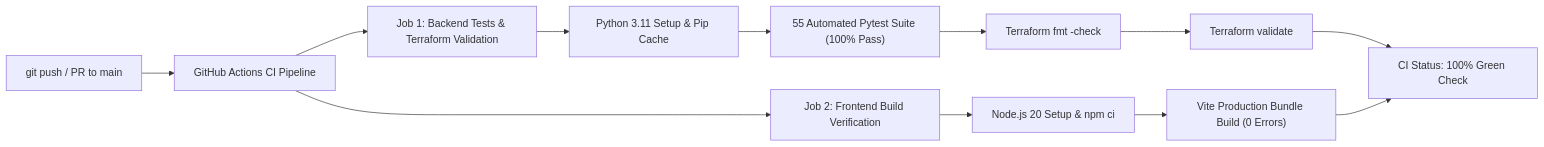
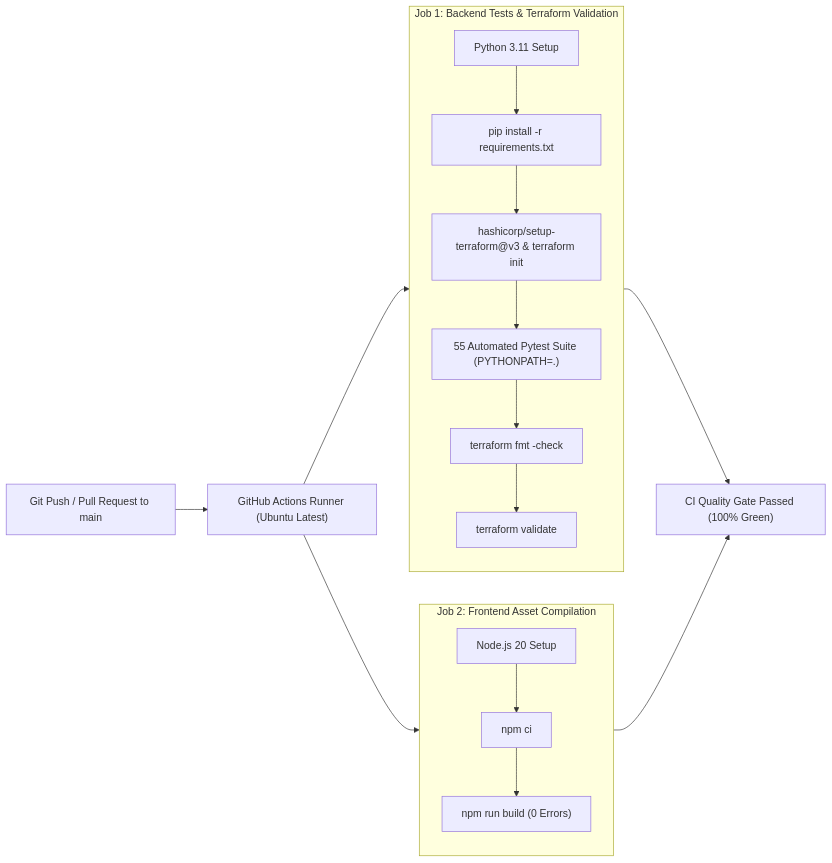
One commit to a7hu-15/cloud_ops changed the ninth of 9 diagrams in docs/project_report.md. Above: the diagram before and after it, drawn with Mermaid. The commit also changed other lines of this file, not shown here.

````diff
--- a/docs/project_report.md
+++ b/docs/project_report.md
@@ -441,17 +820,22 @@
 ```mermaid
 flowchart LR
-    A["git push / PR to main"] --> B["GitHub Actions CI Pipeline"]
-    B --> C["Job 1: Backend Tests & Terraform Validation"]
-    B --> D["Job 2: Frontend Build Verification"]
+    COMMIT["Git Push / Pull Request to main"] --> CI["GitHub Actions Runner (Ubuntu Latest)"]
     
-    C --> C1["Python 3.11 Setup & Pip Cache"]
-    C1 --> C2["55 Automated Pytest Suite (100% Pass)"]
-    C2 --> C3["Terraform fmt -check"]
-    C3 --> C4["Terraform validate"]
-    
-    D --> D1["Node.js 20 Setup & npm ci"]
-    D1 --> D2["Vite Production Bundle Build (0 Errors)"]
-    
-    C4 --> E["CI Status: 100% Green Check"]
-    D2 --> E
+    subgraph Job1 ["Job 1: Backend Tests & Terraform Validation"]
+        PY_ENV["Python 3.11 Setup"] --> PIP["pip install -r requirements.txt"]
+        PIP --> TF_INIT["hashicorp/setup-terraform@v3 & terraform init"]
+        TF_INIT --> PYTEST["55 Automated Pytest Suite (PYTHONPATH=.)"]
+        PYTEST --> TF_FMT["terraform fmt -check"]
+        TF_FMT --> TF_VAL["terraform validate"]
+    end
+
+    subgraph Job2 ["Job 2: Frontend Asset Compilation"]
+        NODE_ENV["Node.js 20 Setup"] --> NPM_CI["npm ci"]
+        NPM_CI --> VITE_BUILD["npm run build (0 Errors)"]
+    end
+
+    CI --> Job1
+    CI --> Job2
+    Job1 --> STATUS["CI Quality Gate Passed (100% Green)"]
+    Job2 --> STATUS
 ```
````
